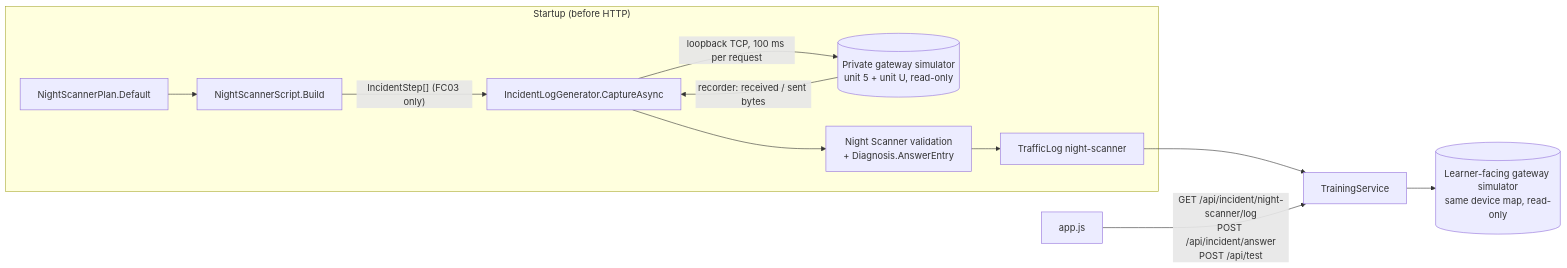
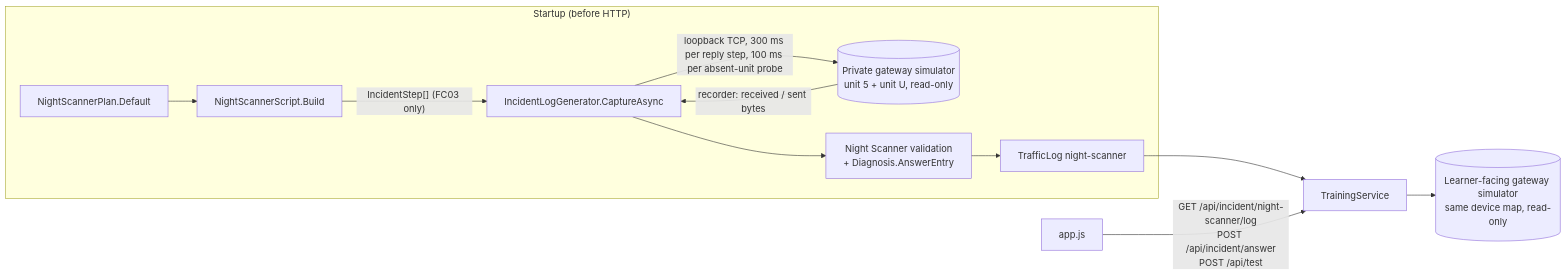
The diagram in .kiro/specs/night-scanner/design.md (Wayan123/ghostwire-modbus-lab), drawn with Mermaid before and after one commit. The commit also changed other lines of this file and 14 other files, not shown here.

Commit message:
fix(kiro): uniform unverified answers (no oracle), per-step incident deadlines, scan hint [session sess_571c3305-985b-4737-b1e3-89335301a6ee]; tools/dotnet forwards GhostWire env; mark MVP spec superseded; kiro-usage counts

````diff
--- a/.kiro/specs/night-scanner/design.md
+++ b/.kiro/specs/night-scanner/design.md
@@ -34,14 +35,14 @@
 ```mermaid
 flowchart LR
   subgraph "Startup (before HTTP)"
     P[NightScannerPlan.Default] --> B[NightScannerScript.Build]
     B -- "IncidentStep[] (FC03 only)" --> C[IncidentLogGenerator.CaptureAsync]
-    C -- "loopback TCP, 100 ms per request" --> G[(Private gateway simulator<br/>unit 5 + unit U, read-only)]
+    C -- "loopback TCP, 300 ms per reply step, 100 ms per absent-unit probe" --> G[(Private gateway simulator<br/>unit 5 + unit U, read-only)]
     G -- "recorder: received / sent bytes" --> C
     C --> V[Night Scanner validation<br/>+ Diagnosis.AnswerEntry]
     V --> L[TrafficLog night-scanner]
   end
   L --> T[TrainingService]
   T --> LG[(Learner-facing gateway simulator<br/>same device map, read-only)]
   UI[app.js] -- "GET /api/incident/night-scanner/log<br/>POST /api/incident/answer<br/>POST /api/test" --> T
 ```
````
